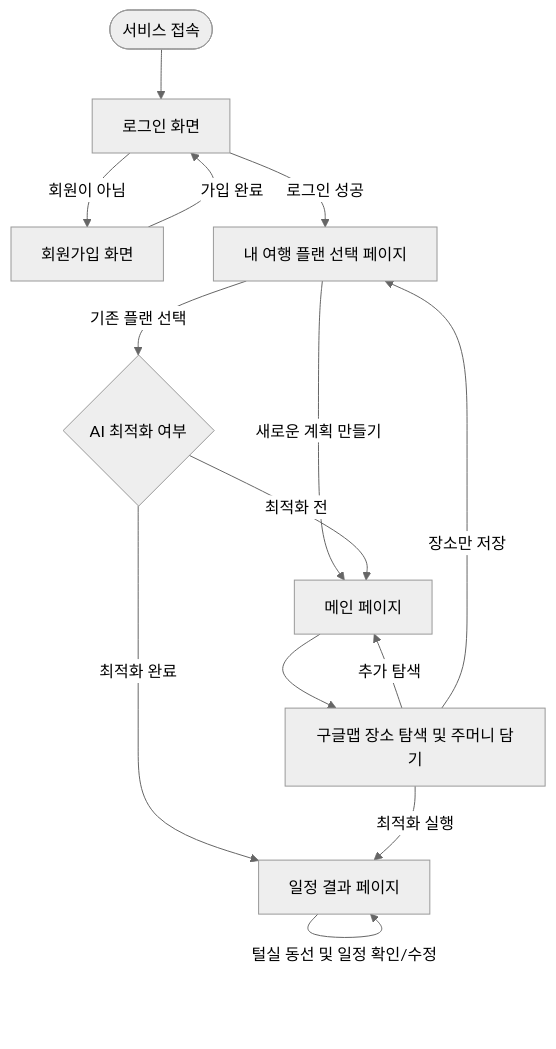
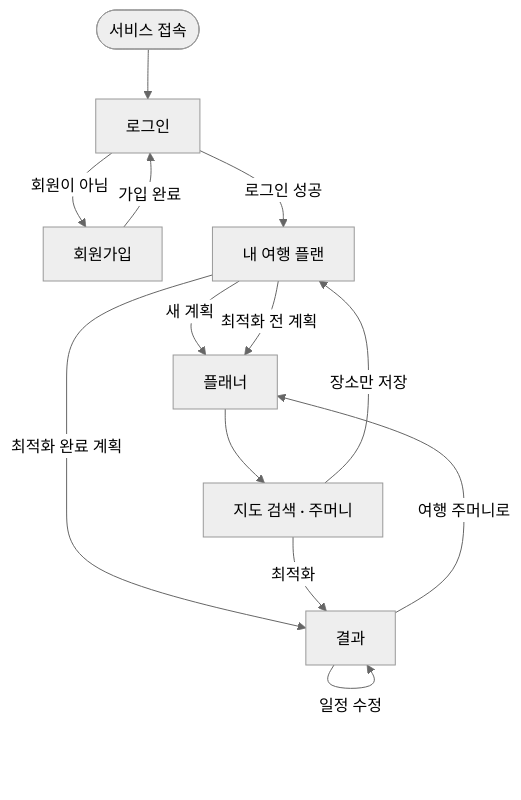
The diagram in README.md (kickboardboy-coder/1-For-All), drawn with Mermaid (neutral theme) before and after one commit. The commit also changed other lines of this file, not shown here.

Commit message:
docs: update README to match shipped planner and Vercel optimize

````diff
--- a/README.md
+++ b/README.md
@@ -85,20 +21,15 @@
 ```mermaid
 flowchart TD
-    Start([서비스 접속]) --> Login[로그인 화면]
-    Login -->|회원이 아님| Signup[회원가입 화면]
+    Start([서비스 접속]) --> Login[로그인]
+    Login -->|회원이 아님| Signup[회원가입]
     Signup -->|가입 완료| Login
-    Login -->|로그인 성공| PlanSelect[내 여행 플랜 선택 페이지]
-
-    PlanSelect -->|새로운 계획 만들기| Main[메인 페이지]
-    PlanSelect -->|기존 플랜 선택| CheckStatus{AI 최적화 여부}
-
-    CheckStatus -->|최적화 전| Main
-    CheckStatus -->|최적화 완료| Result[일정 결과 페이지]
-
-    Main --> Search[구글맵 장소 탐색 및 주머니 담기]
-    Search -->|추가 탐색| Main
+    Login -->|로그인 성공| PlanSelect[내 여행 플랜]
+    PlanSelect -->|새 계획| Planner[플래너]
+    PlanSelect -->|최적화 전 계획| Planner
+    PlanSelect -->|최적화 완료 계획| Result[결과]
+    Planner --> Search[지도 검색 · 주머니]
     Search -->|장소만 저장| PlanSelect
-    Search -->|최적화 실행| Result
-
-    Result -->|털실 동선 및 일정 확인/수정| Result
+    Search -->|최적화| Result
+    Result -->|일정 수정| Result
+    Result -->|여행 주머니로| Planner
 ```
````
